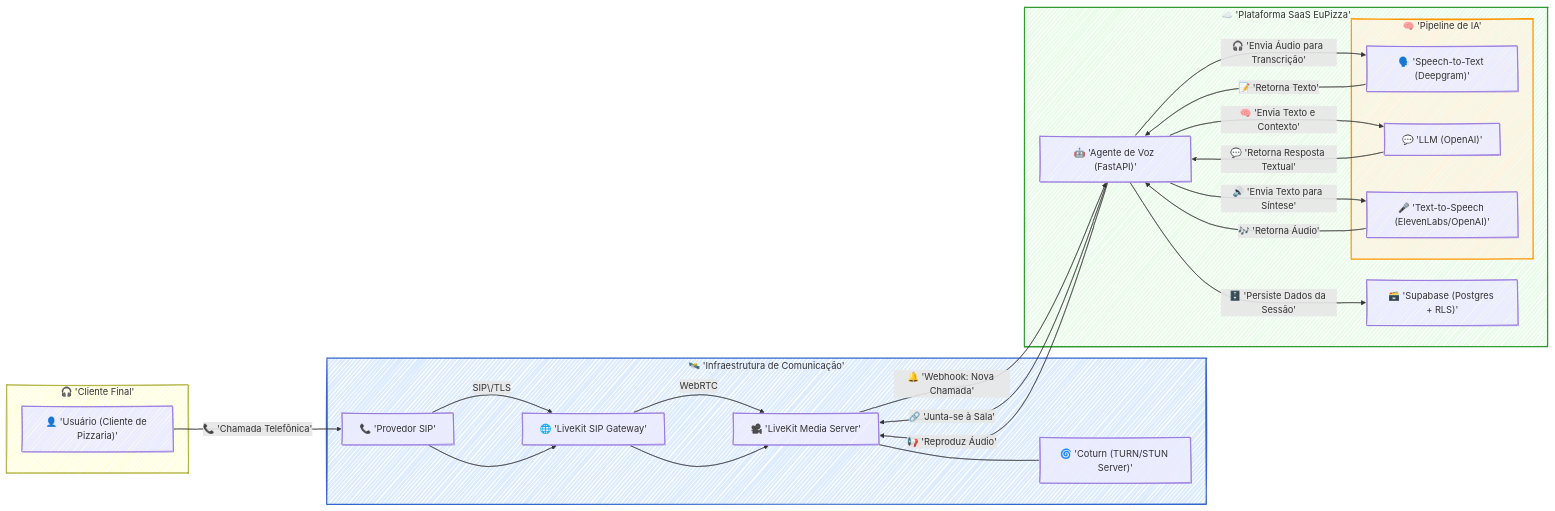
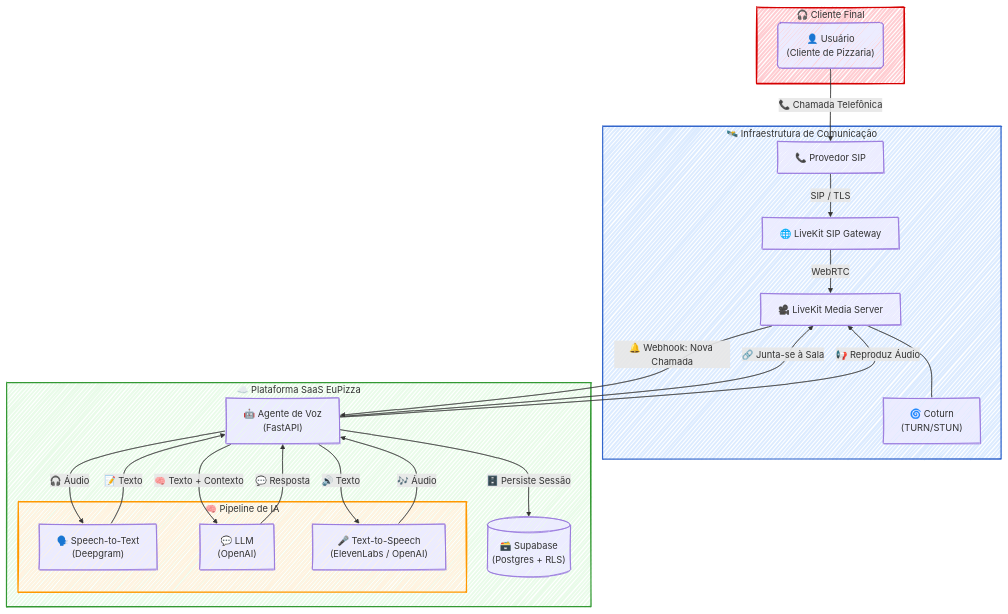
Diagram 22 of 27 in apps/backend/src/knowledge-base/Projects-Consolidated.md (lfrichter/ask-richter), drawn with Mermaid before and after one commit. The commit also changed other lines of this file and 3 other files, not shown here.

````diff
--- a/apps/backend/src/knowledge-base/Projects-Consolidated.md
+++ b/apps/backend/src/knowledge-base/Projects-Consolidated.md
@@ -682,58 +2447,49 @@
 ```mermaid
 ---
 config:
   theme: default
   look: handDrawn
-  layout: dagre
+  layout: fixed
 ---
-flowchart LR
- subgraph U["🎧 'Cliente Final'"]
-        User@{ label: "👤 'Usuário (Cliente de Pizzaria)'" }
+flowchart TB
+ subgraph U["🎧 Cliente Final"]
+        User["👤 Usuário<br>(Cliente de Pizzaria)"]
   end
- subgraph C["🛰️ 'Infraestrutura de Comunicação'"]
-        SIP@{ label: "📞 'Provedor SIP'" }
-        LKSIP@{ label: "🌐 'LiveKit SIP Gateway'" }
-        LK@{ label: "🎥 'LiveKit Media Server'" }
-        TURN@{ label: "🌀 'Coturn (TURN\\/STUN Server)'" }
+ subgraph C["🛰️ Infraestrutura de Comunicação"]
+        SIP["📞 Provedor SIP"]
+        LKSIP["🌐 LiveKit SIP Gateway"]
+        LK["🎥 LiveKit Media Server"]
+        TURN["🌀 Coturn<br>(TURN/STUN)"]
   end
- subgraph IA["🧠 'Pipeline de IA'"]
-        STT@{ label: "🗣️ 'Speech-to-Text (Deepgram)'" }
-        LLM@{ label: "💬 'LLM (OpenAI)'" }
-        TTS@{ label: "🎤 'Text-to-Speech (ElevenLabs\\/OpenAI)'" }
+ subgraph IA["🧠 Pipeline de IA"]
+        STT["🗣️ Speech-to-Text<br>(Deepgram)"]
+        LLM["💬 LLM<br>(OpenAI)"]
+        TTS["🎤 Text-to-Speech<br>(ElevenLabs / OpenAI)"]
   end
- subgraph P["☁️ 'Plataforma SaaS EuPizza'"]
-        Agent@{ label: "🤖 'Agente de Voz (FastAPI)'" }
-        Supabase@{ label: "🗃️ 'Supabase (Postgres \\+ RLS)'" }
+ subgraph P["☁️ Plataforma SaaS EuPizza"]
+        Agent["🤖 Agente de Voz<br>(FastAPI)"]
+        Supabase["🗃️ Supabase<br>(Postgres + RLS)"]
         IA
   end
-    SIP -- SIP\/TLS --> LKSIP
+    User -- 📞 Chamada Telefônica --> SIP
+    SIP -- SIP / TLS --> LKSIP
     LKSIP -- WebRTC --> LK
     LK --- TURN
-    User -- 📞 'Chamada Telefônica' --> SIP
-    SIP --> LKSIP
-    LKSIP --> LK
-    LK -- 🔔 'Webhook: Nova Chamada' --> Agent
-    Agent -- "🔗 'Junta-se à Sala'" --> LK
-    Agent -- 🎧 'Envia Áudio para Transcrição' --> STT
-    STT -- 📝 'Retorna Texto' --> Agent
-    Agent -- 🧠 'Envia Texto e Contexto' --> LLM
-    LLM -- 💬 'Retorna Resposta Textual' --> Agent
-    Agent -- 🔊 'Envia Texto para Síntese' --> TTS
-    TTS -- 🎶 'Retorna Áudio' --> Agent
-    Agent -- 📢 'Reproduz Áudio' --> LK
-    Agent -- 🗄️ 'Persiste Dados da Sessão' --> Supabase
-    User@{ shape: rect}
-    SIP@{ shape: rect}
-    LKSIP@{ shape: rect}
-    LK@{ shape: rect}
-    TURN@{ shape: rect}
-    STT@{ shape: rect}
-    LLM@{ shape: rect}
-    TTS@{ shape: rect}
-    Agent@{ shape: rect}
-    Supabase@{ shape: rect}
+    LK -- 🔔 Webhook: Nova Chamada --> Agent
+    Agent -- "🔗 Junta-se à Sala" --> LK
+    Agent -- 🎧 Áudio --> STT
+    STT -- 📝 Texto --> Agent
+    Agent -- 🧠 Texto + Contexto --> LLM
+    LLM -- 💬 Resposta --> Agent
+    Agent -- 🔊 Texto --> TTS
+    TTS -- 🎶 Áudio --> Agent
+    Agent -- 📢 Reproduz Áudio --> LK
+    Agent -- 🗄️ Persiste Sessão --> Supabase
+
+    User@{ shape: rounded}
+    Supabase@{ shape: cyl}
     style IA fill:#FFF3E0,stroke:#FF9800,stroke-width:2px
+    style U fill:#FFCDD2,stroke:#D50000,stroke-width:2px
+    style C fill:#DCEBFF,stroke:#3366CC,stroke-width:2px
     style P fill:#E9FBE9,stroke:#339933,stroke-width:2px
-    style C fill:#DCEBFF,stroke:#3366CC,stroke-width:2px
-
 ```
````
